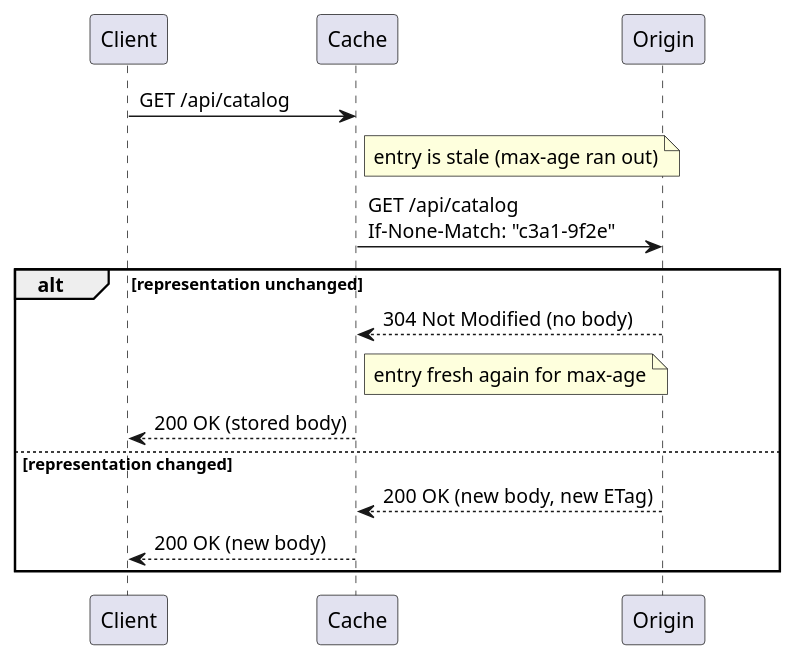
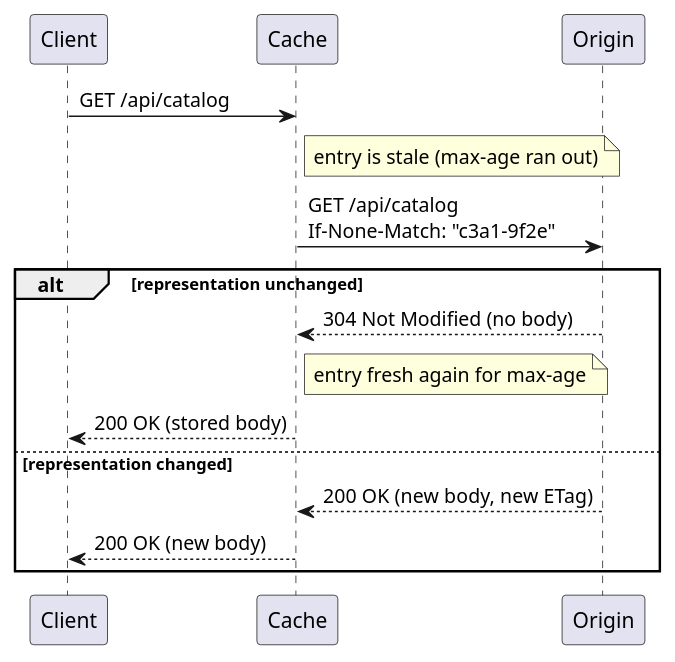
The diagram in learn/backend/http-caching/diagrams/revalidation.puml (LydByDissing/agent-project), drawn with PlantUML before and after one commit. The commit also changed 5 other files, not shown here.

Commit message:
plan: topics= tagging + lesson generation step; generate_diagrams --dir with warning gate; README (t7, REQ-OPERATOR-EDU-004)

```diff
--- a/learn/backend/http-caching/diagrams/revalidation.puml
+++ b/learn/backend/http-caching/diagrams/revalidation.puml
@@ -1,19 +1,18 @@
 @startuml revalidation
 skinparam shadowing false
-skinparam participantPadding 40
 participant "Client" as C
 participant "Cache" as K
 participant "Origin" as O
 
 C -> K : GET /api/catalog
 note right of K : entry is stale (max-age ran out)
 K -> O : GET /api/catalog\nIf-None-Match: "c3a1-9f2e"
 alt representation unchanged
   O --> K : 304 Not Modified (no body)
   note right of K : entry fresh again for max-age
   K --> C : 200 OK (stored body)
 else representation changed
   O --> K : 200 OK (new body, new ETag)
   K --> C : 200 OK (new body)
 end
 @enduml
```
